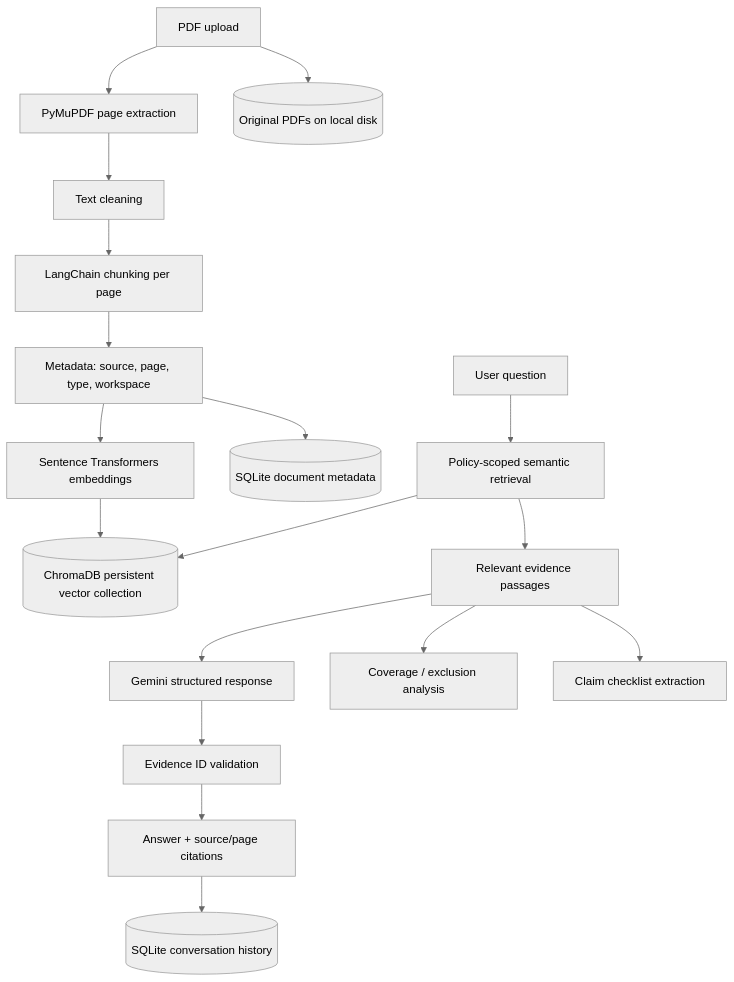
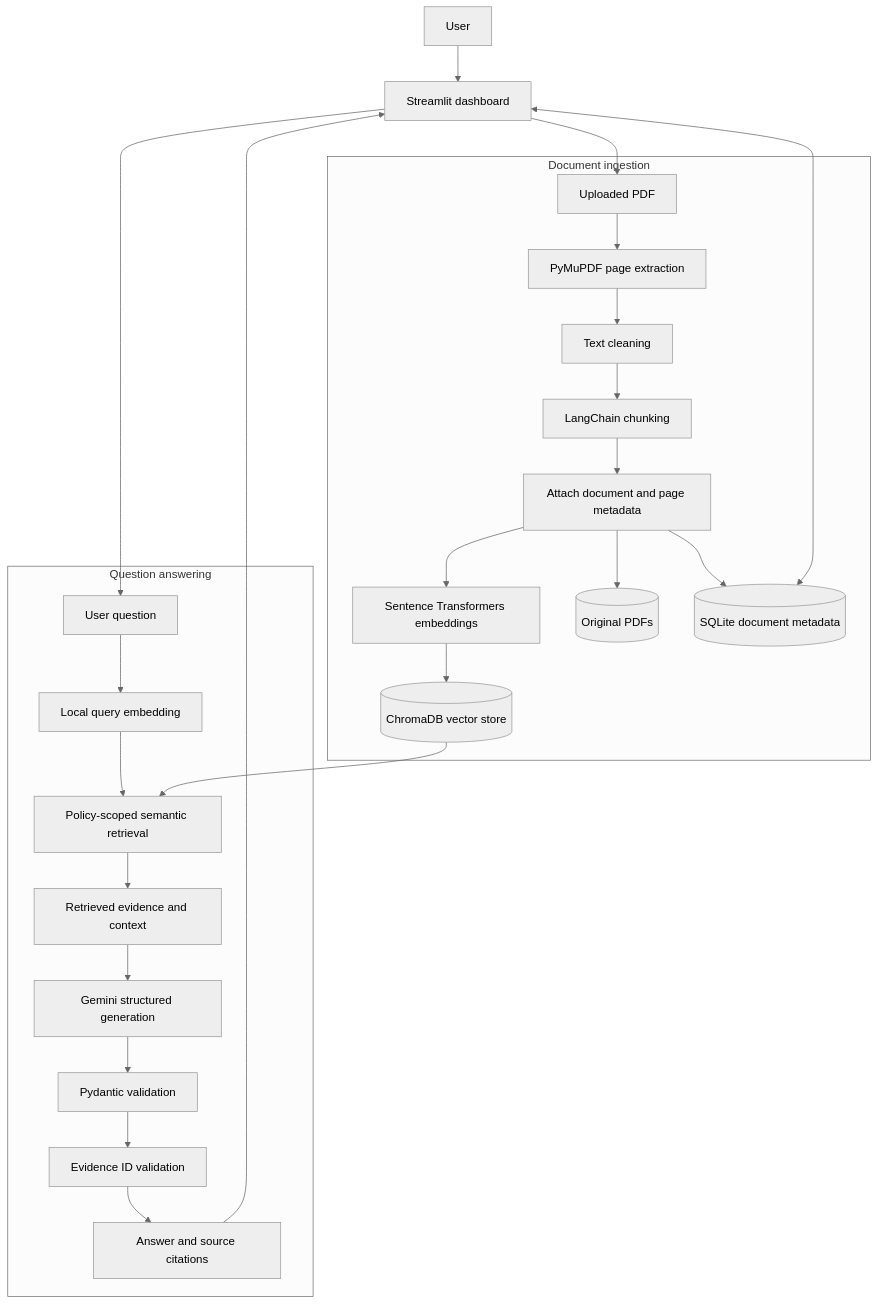
Before and after one commit to MukkamallaSashikanthreddy/policy---ai: the first of 2 diagrams in README.md, drawn with Mermaid (neutral theme). The commit also changed other lines of this file and 71 other files, not shown here.

````diff
--- a/README.md
+++ b/README.md
@@ -24,22 +118,32 @@
 ```mermaid
 flowchart TD
-    A[PDF upload] --> B[PyMuPDF page extraction]
-    B --> C[Text cleaning]
-    C --> D[LangChain chunking per page]
-    D --> E[Metadata: source, page, type, workspace]
-    E --> F[Sentence Transformers embeddings]
-    F --> G[(ChromaDB persistent vector collection)]
-    A --> H[(Original PDFs on local disk)]
-    E --> I[(SQLite document metadata)]
+    U[User] --> UI[Streamlit dashboard]
 
-    Q[User question] --> R[Policy-scoped semantic retrieval]
-    R --> G
-    R --> S[Relevant evidence passages]
-    S --> T[Gemini structured response]
-    T --> U[Evidence ID validation]
-    U --> V[Answer + source/page citations]
-    V --> W[(SQLite conversation history)]
+    subgraph ING[Document ingestion]
+        PDF[Uploaded PDF] --> EX[PyMuPDF page extraction]
+        EX --> CL[Text cleaning]
+        CL --> CH[LangChain chunking]
+        CH --> META[Attach document and page metadata]
+        META --> EMB[Sentence Transformers embeddings]
+        EMB --> VDB[(ChromaDB vector store)]
+        META --> FILES[(Original PDFs)]
+        META --> SQL[(SQLite document metadata)]
+    end
 
-    S --> X[Coverage / exclusion analysis]
-    S --> Y[Claim checklist extraction]
+    UI --> PDF
+
+    subgraph QA[Question answering]
+        Q[User question] --> QEMB[Local query embedding]
+        QEMB --> RET[Policy-scoped semantic retrieval]
+        VDB --> RET
+        RET --> CTX[Retrieved evidence and context]
+        CTX --> GEM[Gemini structured generation]
+        GEM --> PY[Pydantic validation]
+        PY --> CV[Evidence ID validation]
+        CV --> RESP[Answer and source citations]
+    end
+
+    UI --> Q
+    RESP --> UI
+    UI <--> SQL
 ```
````
